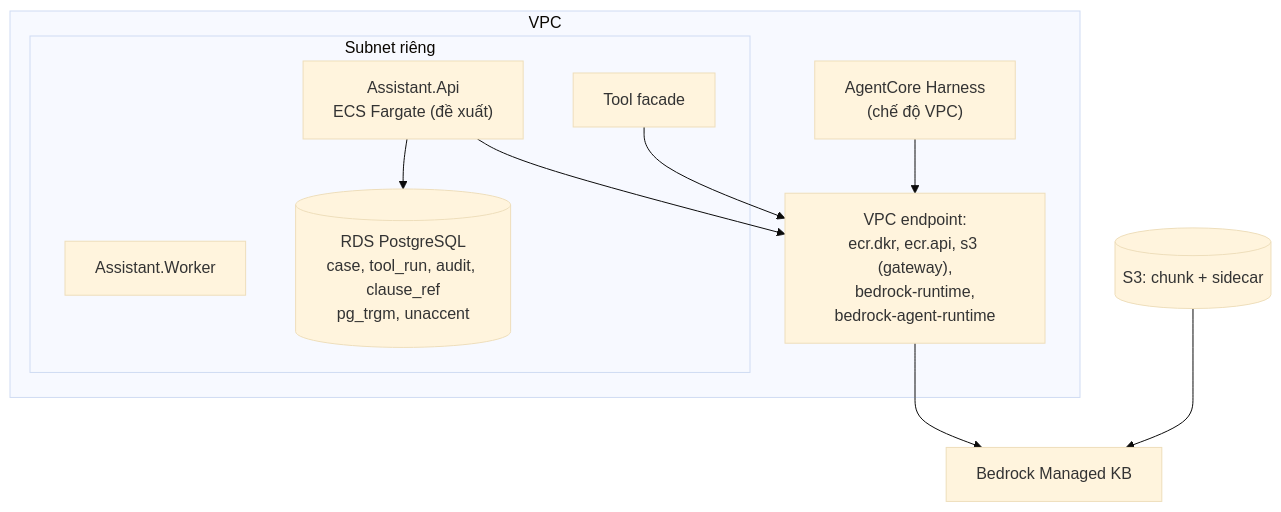
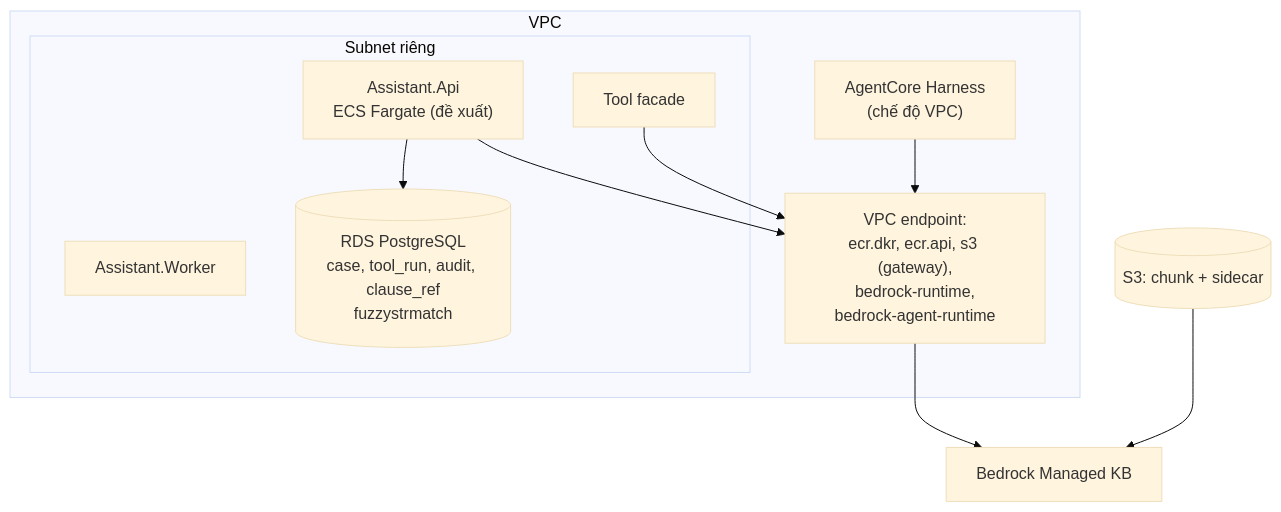
One commit to vdloc/vfstructures-ai-solution changed diagram 13 of 15 in ship/01-kien-truc.md. Above: the diagram before and after it, drawn with Mermaid (base theme). The commit also changed other lines of this file and 54 other files, not shown here.

First line of the commit message:
docs: sync flow page and ship set with AD-28/AD-29, add citations

````diff
--- a/ship/01-kien-truc.md
+++ b/ship/01-kien-truc.md
@@ -694,19 +698,19 @@
 ```mermaid
 flowchart TB
  subgraph VPC["VPC"]
  subgraph PRIV["Subnet riêng"]
  ASSIST["Assistant.Api<br/>ECS Fargate (đề xuất)"]
  WORKER["Assistant.Worker"]
  FAC["Tool facade"]
- RDS[("RDS PostgreSQL<br/>case, tool_run, audit, clause_ref<br/>pg_trgm, unaccent")]
+ RDS[("RDS PostgreSQL<br/>case, tool_run, audit, clause_ref<br/>fuzzystrmatch")]
  end
  HAR["AgentCore Harness<br/>(chế độ VPC)"]
  EP["VPC endpoint:<br/>ecr.dkr, ecr.api, s3 (gateway),<br/>bedrock-runtime,<br/>bedrock-agent-runtime"]
  end
  ASSIST --> RDS
  ASSIST --> EP
  EP --> MKB["Bedrock Managed KB"]
  S3C[("S3: chunk + sidecar")] --> MKB
  FAC --> EP
  HAR --> EP
 ```
````
